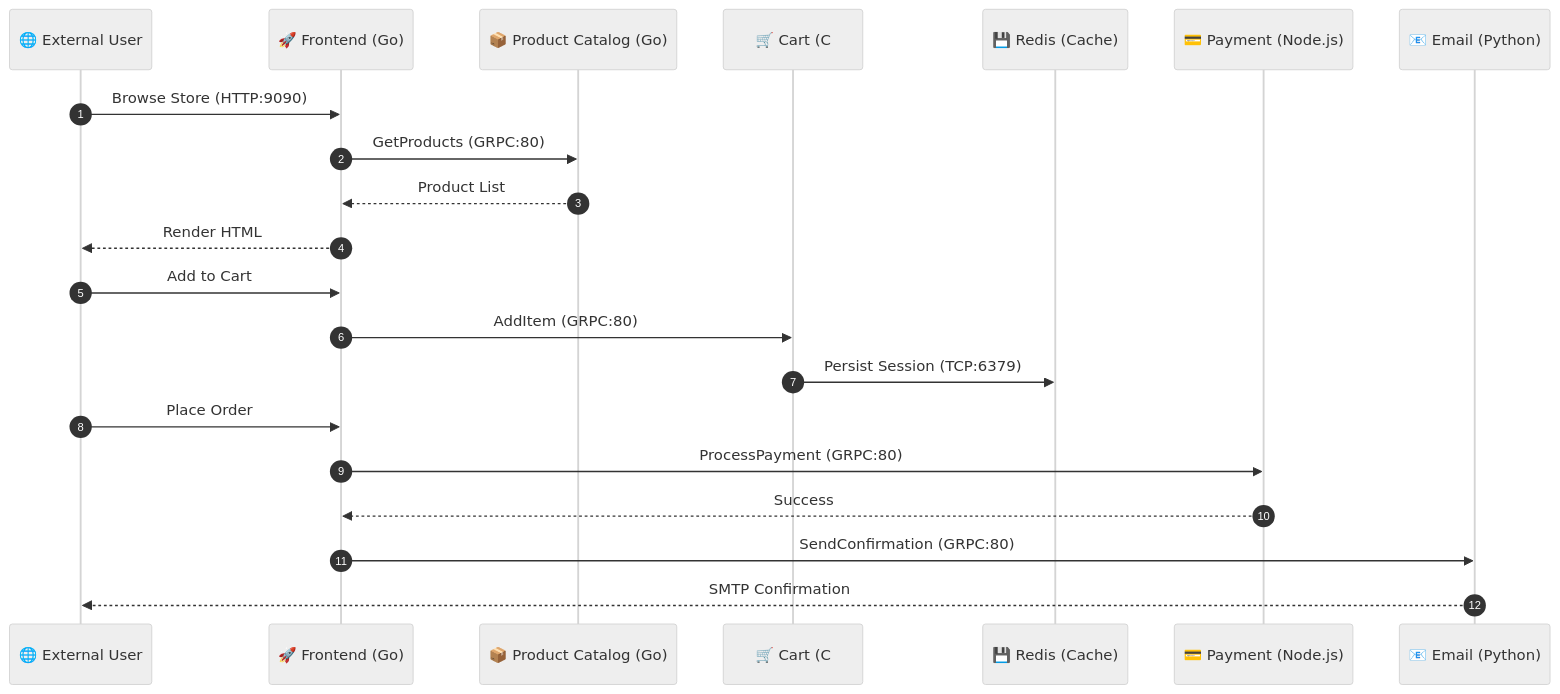
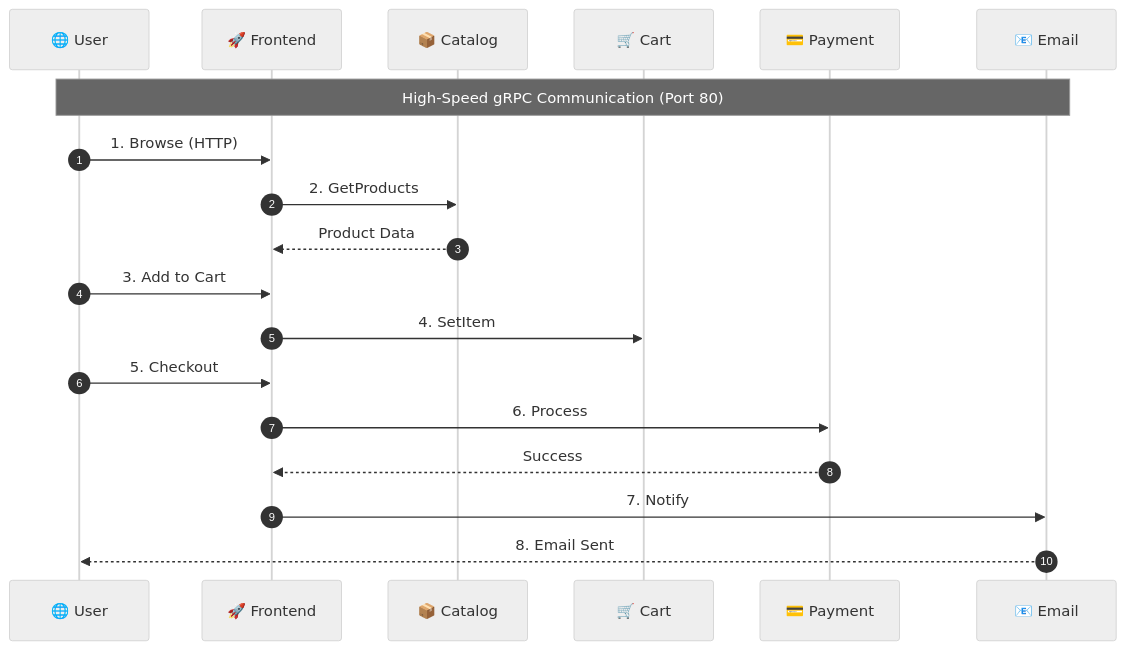
The first of 2 diagrams in README.md (rakeshkolipakaace/Microservices-e-commerce), drawn with Mermaid (neutral theme) before and after one commit. The commit also changed other lines of this file, not shown here.

Commit message:
DOCS: Final High-Visibility diagram upgrade

````diff
--- a/README.md
+++ b/README.md
@@ -14,24 +14,22 @@
 ```mermaid
 sequenceDiagram
     autonumber
-    participant U as 🌐 External User
-    participant F as 🚀 Frontend (Go)
-    participant C as 📦 Product Catalog (Go)
-    participant K as 🛒 Cart (C#)
-    participant R as 💾 Redis (Cache)
-    participant P as 💳 Payment (Node.js)
-    participant E as 📧 Email (Python)
+    participant U as 🌐 User
+    participant F as 🚀 Frontend
+    participant C as 📦 Catalog
+    participant K as 🛒 Cart
+    participant P as 💳 Payment
+    participant E as 📧 Email
 
-    U->>F: Browse Store (HTTP:9090)
-    F->>C: GetProducts (GRPC:80)
-    C-->>F: Product List
-    F-->>U: Render HTML
-    U->>F: Add to Cart
-    F->>K: AddItem (GRPC:80)
-    K->>R: Persist Session (TCP:6379)
-    U->>F: Place Order
-    F->>P: ProcessPayment (GRPC:80)
+    Note over U,E: High-Speed gRPC Communication (Port 80)
+    U->>F: 1. Browse (HTTP)
+    F->>C: 2. GetProducts
+    C-->>F: Product Data
+    U->>F: 3. Add to Cart
+    F->>K: 4. SetItem
+    U->>F: 5. Checkout
+    F->>P: 6. Process
     P-->>F: Success
-    F->>E: SendConfirmation (GRPC:80)
-    E-->>U: SMTP Confirmation
+    F->>E: 7. Notify
+    E-->>U: 8. Email Sent
 ```
````
